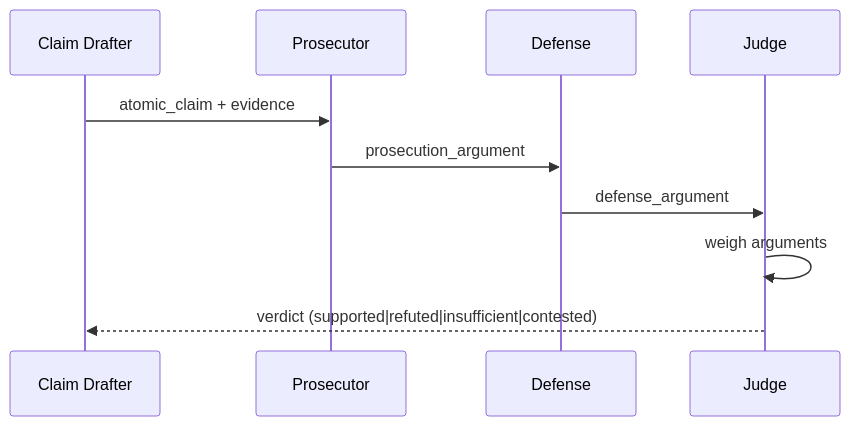
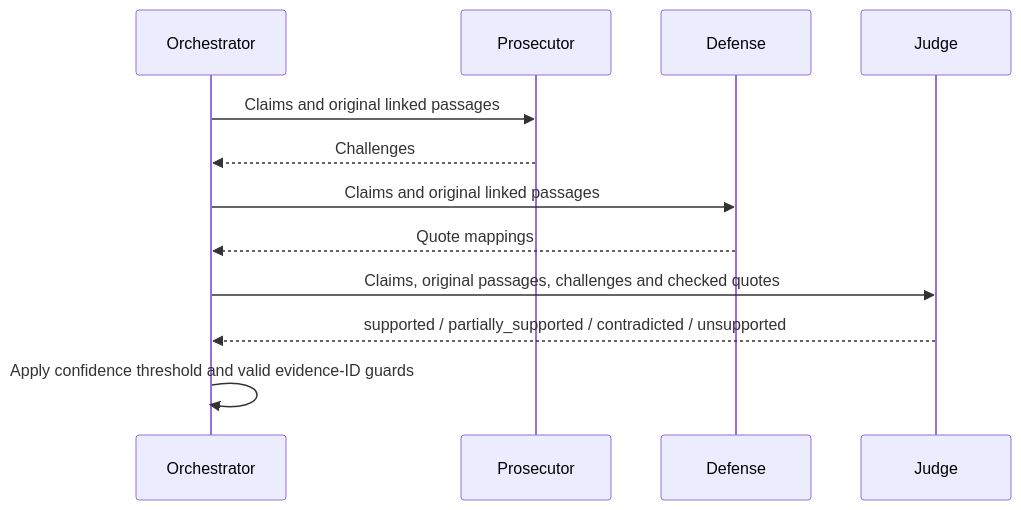
The third of 5 diagrams in README.md (seelamramesh/deepdive), drawn with Mermaid before and after one commit. The commit also changed other lines of this file and 8 other files, not shown here.

Commit message:
Clarify cache history and refresh tested architecture flow guides

````diff
--- a/README.md
+++ b/README.md
@@ -57,13 +56,14 @@
 ```mermaid
 sequenceDiagram
-    participant D as Claim Drafter
+    participant O as Orchestrator
     participant P as Prosecutor
-    participant Df as Defense
+    participant D as Defense
     participant J as Judge
-
-    D->>P: atomic_claim + evidence
-    P->>Df: prosecution_argument
-    Df->>J: defense_argument
-    J->>J: weigh arguments
-    J-->>D: verdict (supported|refuted|insufficient|contested)
+    O->>P: Claims and original linked passages
+    P-->>O: Challenges
+    O->>D: Claims and original linked passages
+    D-->>O: Quote mappings
+    O->>J: Claims, original passages, challenges and checked quotes
+    J-->>O: supported / partially_supported / contradicted / unsupported
+    O->>O: Apply confidence threshold and valid evidence-ID guards
 ```
````
